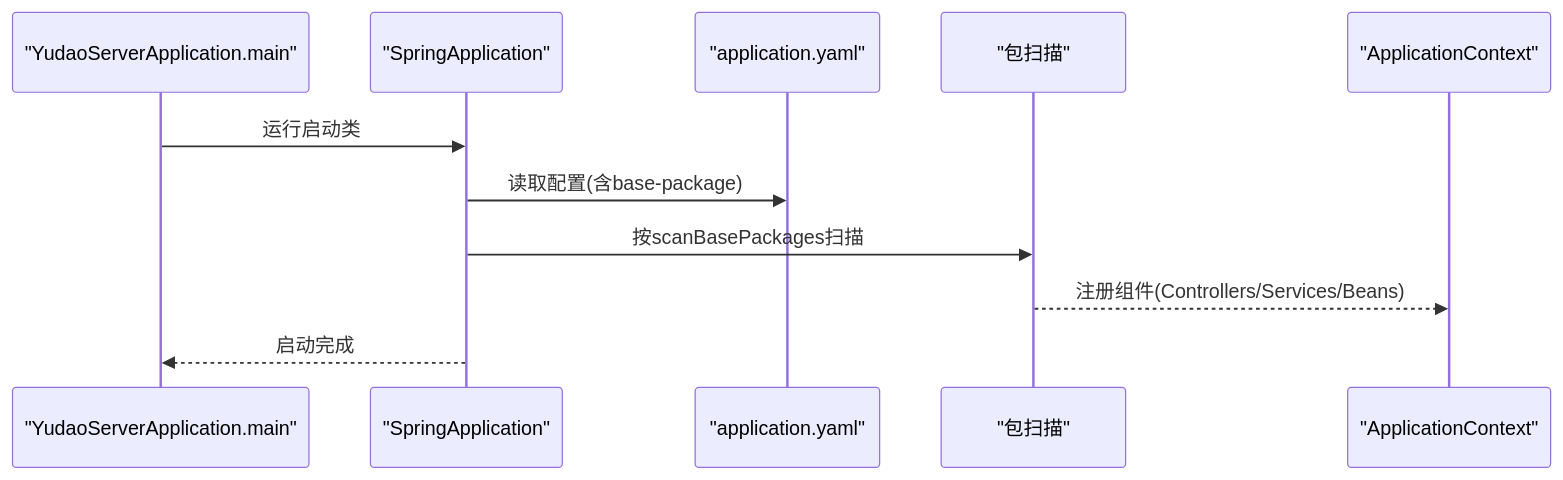
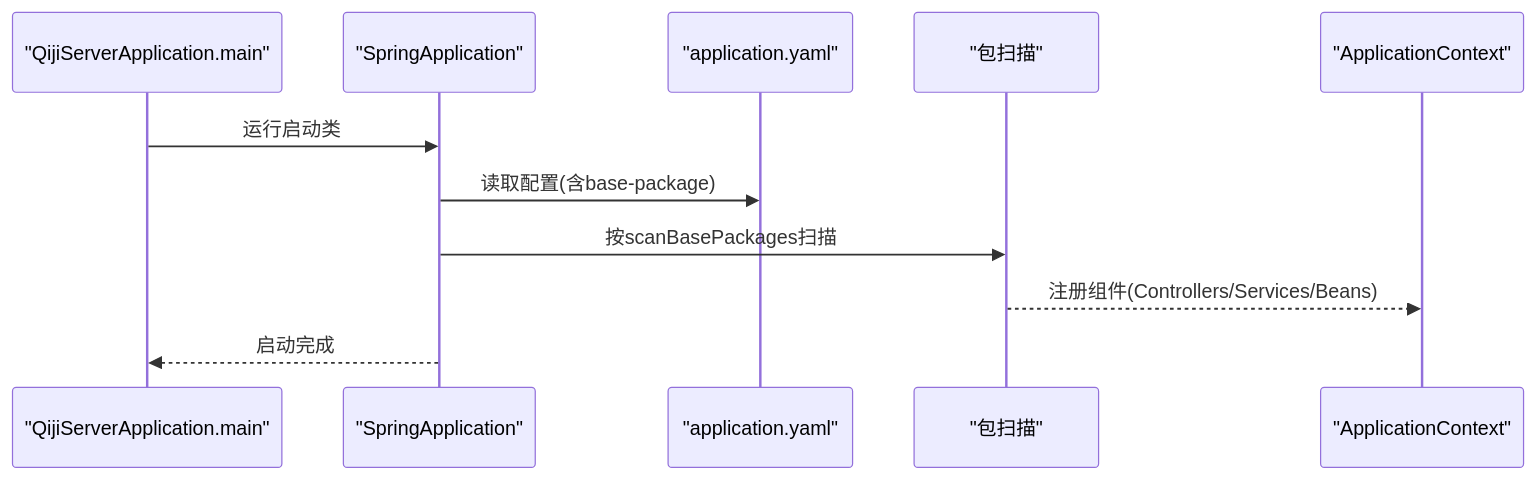
Before and after one commit to zhuangpengLI/AgenticCPS: the third of 8 diagrams in backend/.qoder/repowiki/zh/content/系统架构设计/整体架构概览.md, drawn with Mermaid. The commit also changed other lines of this file and 3489 other files, not shown here.

````diff
--- a/backend/.qoder/repowiki/zh/content/系统架构设计/整体架构概览.md
+++ b/backend/.qoder/repowiki/zh/content/系统架构设计/整体架构概览.md
@@ -158,13 +158,13 @@
 ```mermaid
 sequenceDiagram
-participant Main as "YudaoServerApplication.main"
+participant Main as "QijiServerApplication.main"
 participant SB as "SpringApplication"
 participant Cfg as "application.yaml"
 participant Scan as "包扫描"
 participant Ctx as "ApplicationContext"
 Main->>SB : 运行启动类
 SB->>Cfg : 读取配置(含base-package)
 SB->>Scan : 按scanBasePackages扫描
 Scan-->>Ctx : 注册组件(Controllers/Services/Beans)
 SB-->>Main : 启动完成
 ```
````
